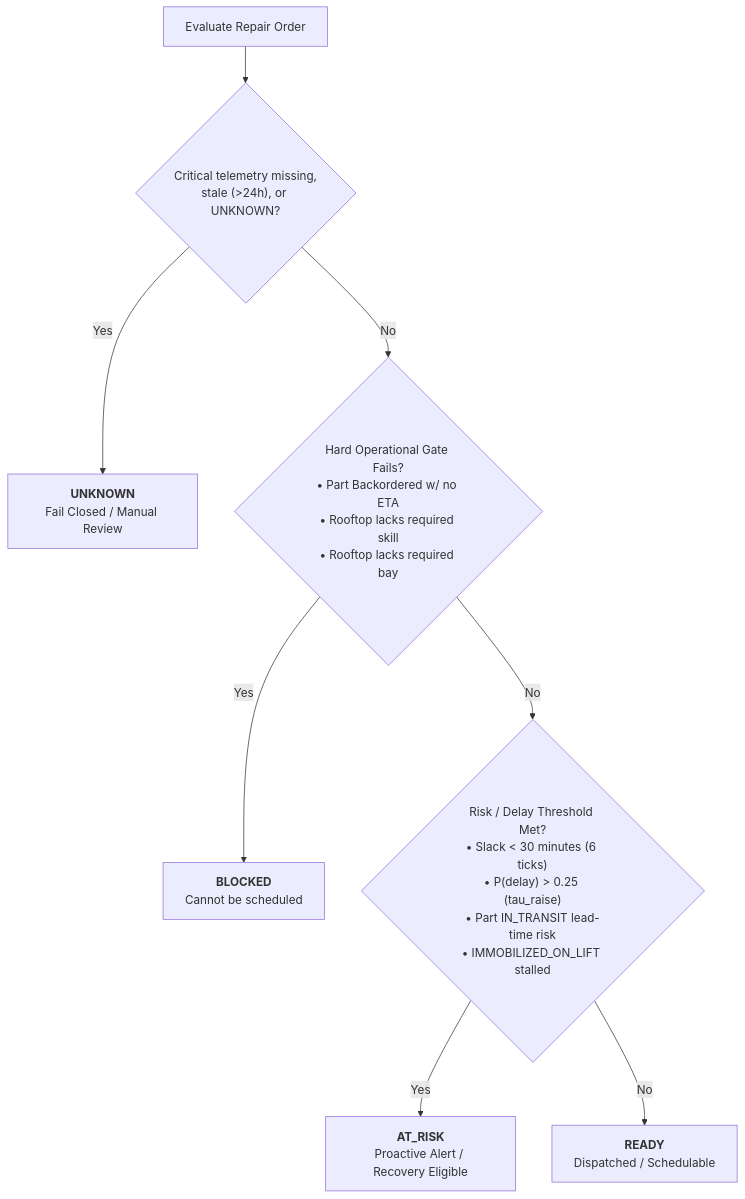
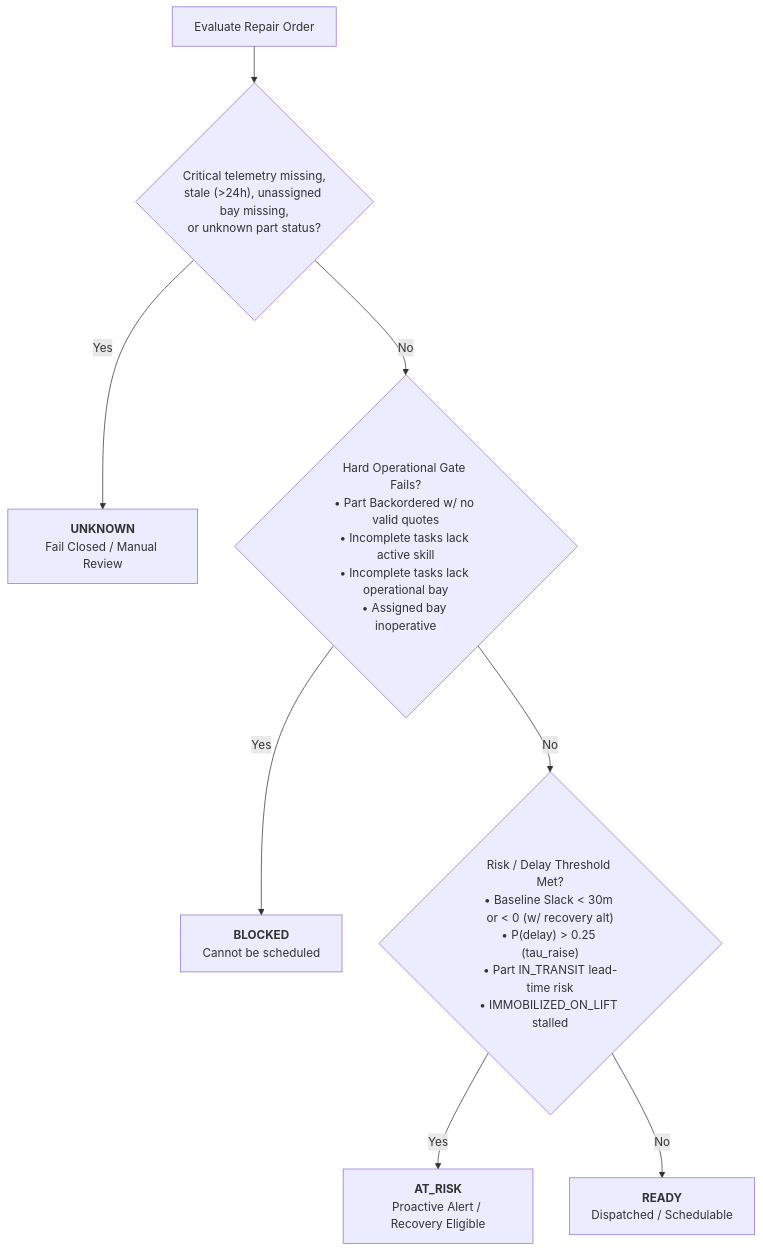
The diagram in docs/phase1/TASK_1_3_IMPLEMENTATION_REPORT.md (Devananditha/demo), drawn with Mermaid before and after one commit. The commit also changed other lines of this file and 8 other files, not shown here.

````diff
--- a/docs/phase1/TASK_1_3_IMPLEMENTATION_REPORT.md
+++ b/docs/phase1/TASK_1_3_IMPLEMENTATION_REPORT.md
@@ -111,10 +129,10 @@
 ```mermaid
 flowchart TD
-    Start["Evaluate Repair Order"] --> Q_Unknown{"Critical telemetry missing,<br/>stale (>24h), or UNKNOWN?"}
+    Start["Evaluate Repair Order"] --> Q_Unknown{"Critical telemetry missing,<br/>stale (>24h), unassigned bay missing,<br/>or unknown part status?"}
     Q_Unknown -- Yes --> St_Unknown["<b>UNKNOWN</b><br/>Fail Closed / Manual Review"]
-    Q_Unknown -- No --> Q_HardGate{"Hard Operational Gate Fails?<br/>• Part Backordered w/ no ETA<br/>• Rooftop lacks required skill<br/>• Rooftop lacks required bay"}
+    Q_Unknown -- No --> Q_HardGate{"Hard Operational Gate Fails?<br/>• Part Backordered w/ no valid quotes<br/>• Incomplete tasks lack active skill<br/>• Incomplete tasks lack operational bay<br/>• Assigned bay inoperative"}
     Q_HardGate -- Yes --> St_Blocked["<b>BLOCKED</b><br/>Cannot be scheduled"]
-    Q_HardGate -- No --> Q_AtRisk{"Risk / Delay Threshold Met?<br/>• Slack < 30 minutes (6 ticks)<br/>• P(delay) > 0.25 (tau_raise)<br/>• Part IN_TRANSIT lead-time risk<br/>• IMMOBILIZED_ON_LIFT stalled"}
+    Q_HardGate -- No --> Q_AtRisk{"Risk / Delay Threshold Met?<br/>• Baseline Slack < 30m or < 0 (w/ recovery alt)<br/>• P(delay) > 0.25 (tau_raise)<br/>• Part IN_TRANSIT lead-time risk<br/>• IMMOBILIZED_ON_LIFT stalled"}
     Q_AtRisk -- Yes --> St_AtRisk["<b>AT_RISK</b><br/>Proactive Alert / Recovery Eligible"]
     Q_AtRisk -- No --> St_Ready["<b>READY</b><br/>Dispatched / Schedulable"]
 ```
````
